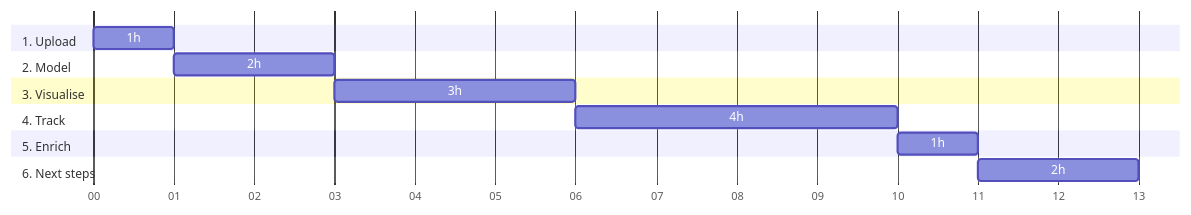
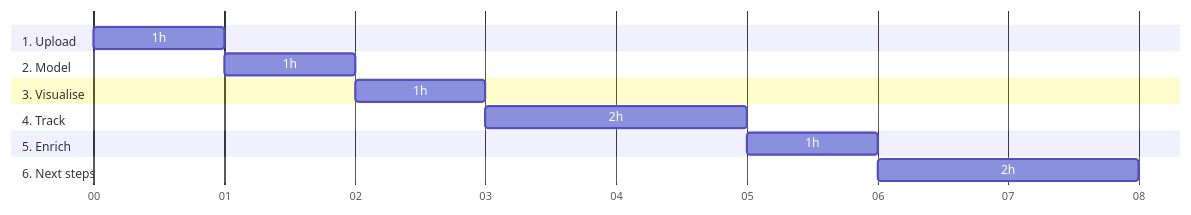
Before and after one commit to snowplow/advanced-analytics-web-accelerator: the diagram in content/introduction/_index.md, drawn with Mermaid.

Commit message:
Edit gantt chart

```diff
--- a/content/introduction/_index.md
+++ b/content/introduction/_index.md
@@ -46,18 +46,18 @@
 {{<mermaid>}}
 gantt
         dateFormat  HH-mm
         axisFormat %M
         section 1. Upload
         1h          :upload, 00-00, 1m
         section 2. Model
-        2h          :model, after upload, 2m
+        1h          :model, after upload, 1m
         section 3. Visualise
-        3h          :visualise, after model, 3m
+        1h          :visualise, after model, 1m
         section 4. Track
-        4h          :track, after visualise, 4m
+        2h          :track, after visualise, 2m
         section 5. Enrich
         1h          :enrich, after track, 1m
         section 6. Next steps
         2h          :next steps, after enrich, 2m
 
 {{</mermaid >}}
```
